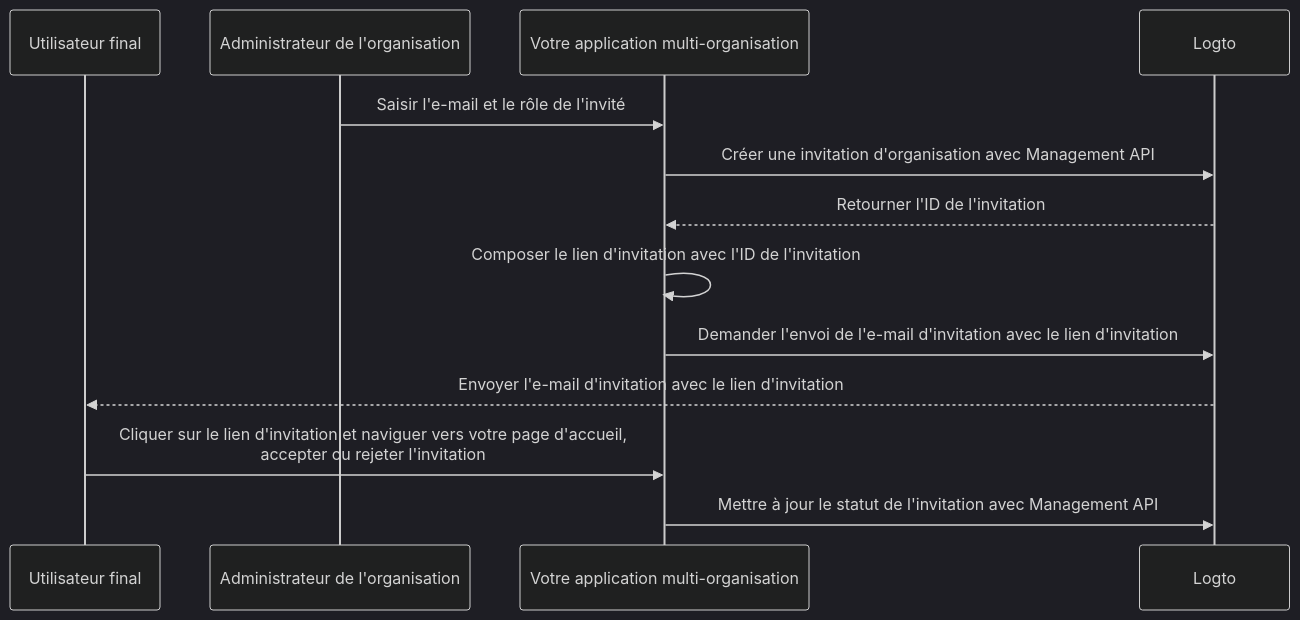
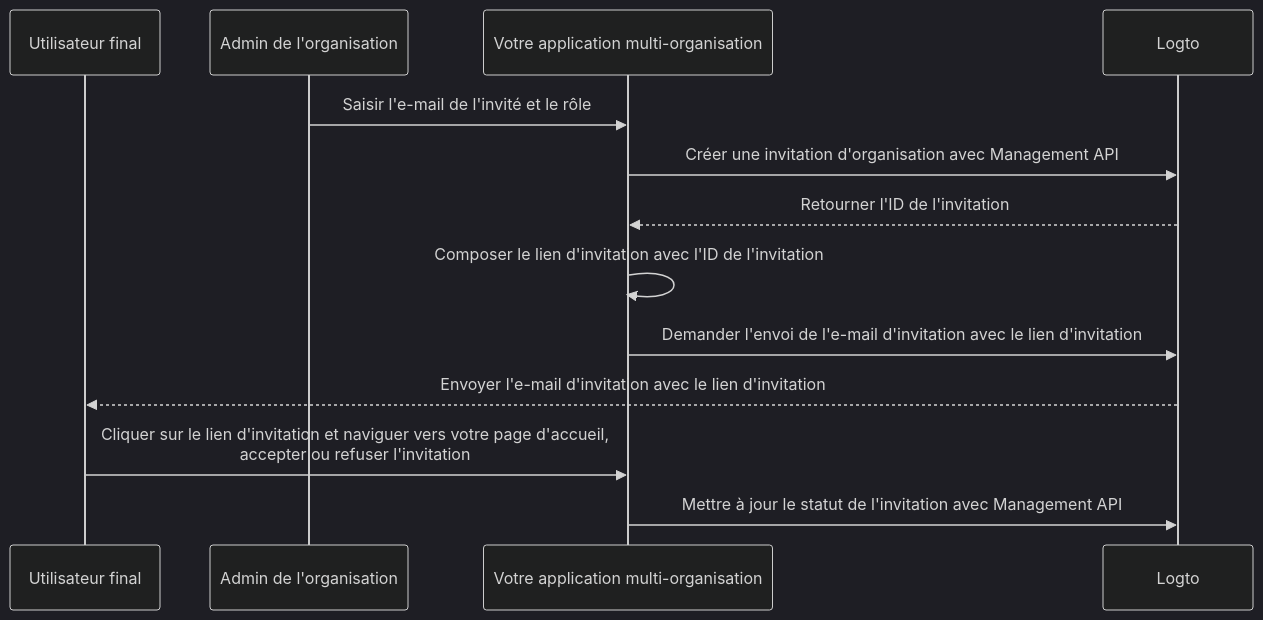
One commit to logto-io/docs changed the diagram in i18n/fr/docusaurus-plugin-content-docs/current/end-user-flows/organization-experience/invite-organization-members.mdx. Above: the diagram before and after it, drawn with Mermaid (dark theme). The commit also changed other lines of this file and 357 other files, not shown here.

````diff
--- a/i18n/fr/docusaurus-plugin-content-docs/current/end-user-flows/organization-experience/invite-organization-members.mdx
+++ b/i18n/fr/docusaurus-plugin-content-docs/current/end-user-flows/organization-experience/invite-organization-members.mdx
@@ -13,16 +13,16 @@
 ```mermaid
 sequenceDiagram
 	Participant U as Utilisateur final
-  Participant A as Administrateur de l'organisation
+  Participant A as Admin de l'organisation
   Participant C as Votre application multi-organisation
 	Participant L as Logto
 
-  A ->> C: Saisir l'e-mail et le rôle de l'invité
+  A ->> C: Saisir l'e-mail de l'invité et le rôle
   C ->> L: Créer une invitation d'organisation avec Management API
   L -->> C: Retourner l'ID de l'invitation
   C ->> C: Composer le lien d'invitation avec l'ID de l'invitation
   C ->> L: Demander l'envoi de l'e-mail d'invitation avec le lien d'invitation
   L -->> U: Envoyer l'e-mail d'invitation avec le lien d'invitation
-  U ->> C: Cliquer sur le lien d'invitation et naviguer vers votre page d'accueil,<br /> accepter ou rejeter l'invitation
+  U ->> C: Cliquer sur le lien d'invitation et naviguer vers votre page d'accueil,<br /> accepter ou refuser l'invitation
   C ->> L: Mettre à jour le statut de l'invitation avec Management API
 ```
````
